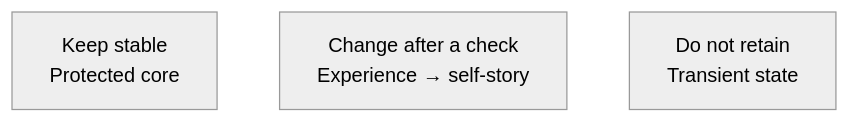
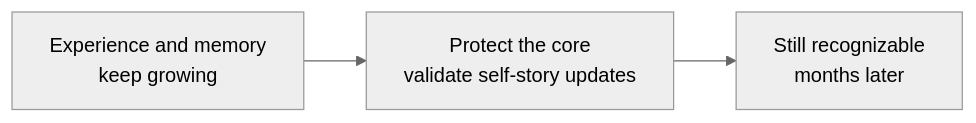
Before and after one commit to Salmonellasarduri/llm-personality-design-patterns: the diagram in README.md, drawn with Mermaid (neutral theme). The commit also changed other lines of this file and 1 other file, not shown here.

Commit message:
Show the README value proposition as a real flow (#5)

````diff
--- a/README.md
+++ b/README.md
@@ -11,7 +11,5 @@
 ```mermaid
 flowchart LR
-    KEEP["Keep stable<br/>Protected core"]
-    CHANGE["Change after a check<br/>Experience → self-story"]
-    DROP["Do not retain<br/>Transient state"]
-    KEEP ~~~ CHANGE ~~~ DROP
+    IN["Experience and memory<br/>keep growing"] --> DESIGN["Protect the core<br/>validate self-story updates"]
+    DESIGN --> OUT["Still recognizable<br/>months later"]
 ```
````
